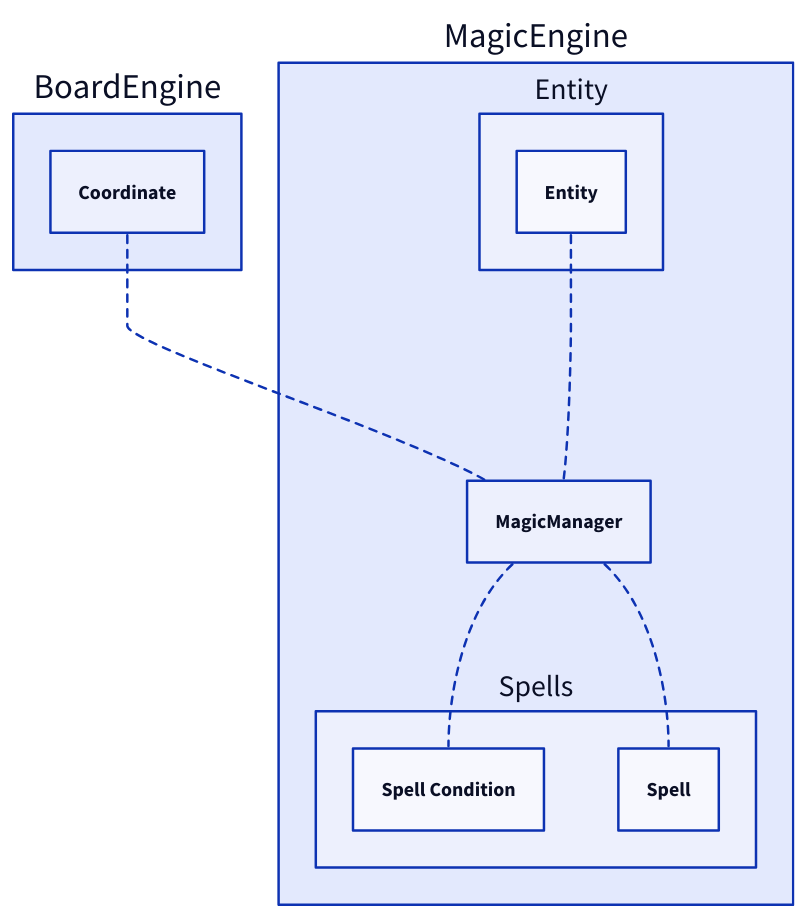
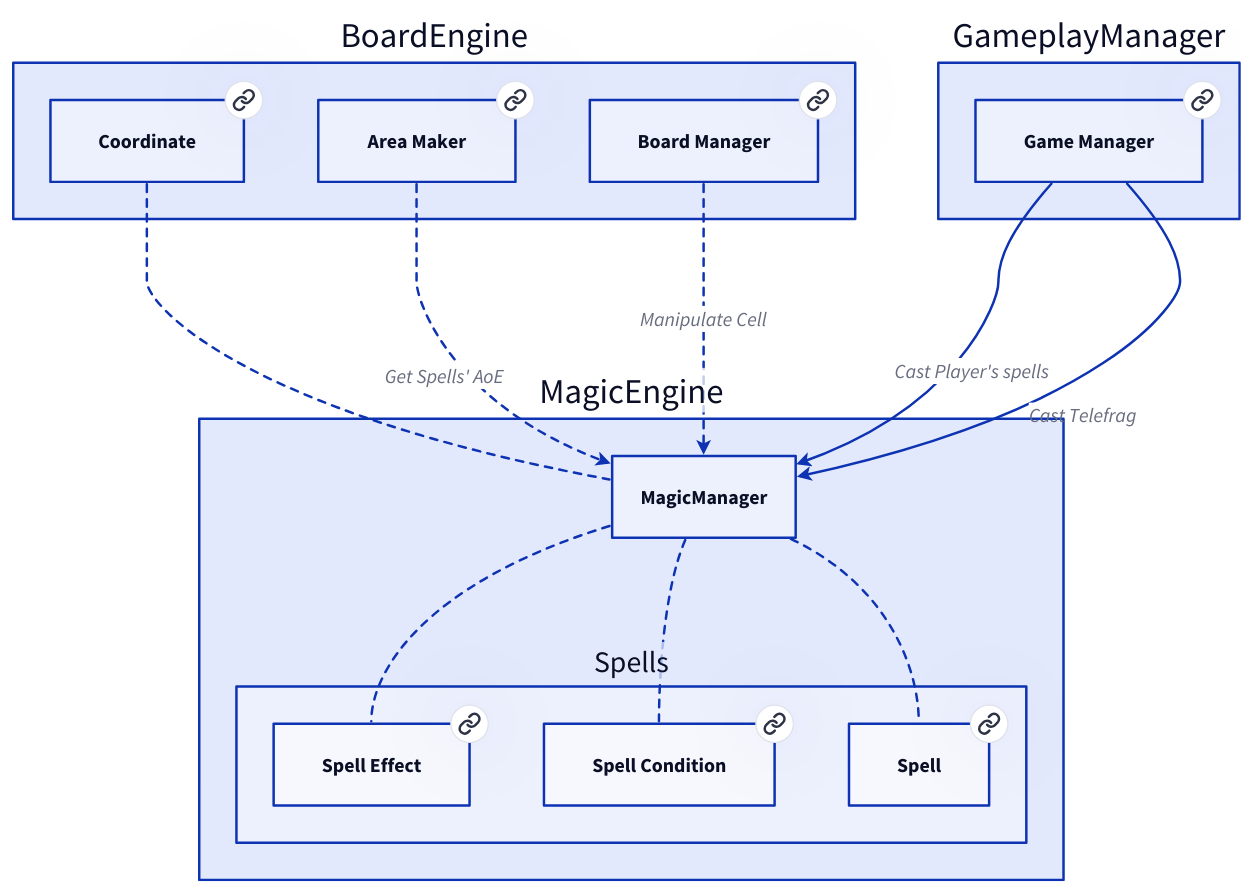
Before and after one commit to Portevent/Brume-Documentation: the diagram in doc/MagicEngine/MagicManager.md, drawn with D2. The commit also changed other lines of this file and 88 other files, not shown here.

````diff
--- a/doc/MagicEngine/MagicManager.md
+++ b/doc/MagicEngine/MagicManager.md
@@ -10,22 +10,55 @@
 ```d2
 # Nodes :
 BoardEngine: {
-    Coordinate: Coordinate
+    AreaMaker: Area Maker {
+       link: AreaMaker
+    }
+    Coordinate: Coordinate {
+       link: Coordinate
+    }
+    BoardManager: Board Manager {
+       link: BoardManager
+    }
 }
 MagicEngine: {
-    Entity: {
-        Entity: Entity
+    Spells: {
+        SpellEffect: Spell Effect {
+           link: SpellEffect
+        }
+        SpellCondition: Spell Condition {
+           link: SpellCondition
+        }
+        Spell: Spell {
+           link: Spell
+        }
     }
-    Spells: {
-        SpellCondition: Spell Condition
-        Spell: Spell
+}
+GameplayManager: {
+    GameManager: Game Manager {
+       link: GameManager
     }
 }
 
 # Links :
 BoardEngine.Coordinate -- MagicEngine.MagicManager: {style.stroke-dash: 3}
-MagicEngine.Entity.Entity -- MagicEngine.MagicManager: {style.stroke-dash: 3}
 MagicEngine.MagicManager -- MagicEngine.Spells.Spell: {style.stroke-dash: 3}
+MagicEngine.MagicManager -- MagicEngine.Spells.SpellEffect: {style.stroke-dash: 3}
 MagicEngine.MagicManager -- MagicEngine.Spells.SpellCondition: {style.stroke-dash: 3}
+BoardEngine.AreaMaker -> MagicEngine.MagicManager: Get Spells' AoE {style.stroke-dash: 3
+source-arrowhead: {}
+target-arrowhead: {shape: arrow}
+}
+BoardEngine.BoardManager -> MagicEngine.MagicManager: Manipulate Cell {style.stroke-dash: 3
+source-arrowhead: {}
+target-arrowhead: {shape: arrow}
+}
+GameplayManager.GameManager -> MagicEngine.MagicManager: Cast Player's spells {
+source-arrowhead: {}
+target-arrowhead: {shape: arrow}
+}
+GameplayManager.GameManager -> MagicEngine.MagicManager: Cast Telefrag {
+source-arrowhead: {}
+target-arrowhead: {shape: arrow}
+}
 
 ```
````
